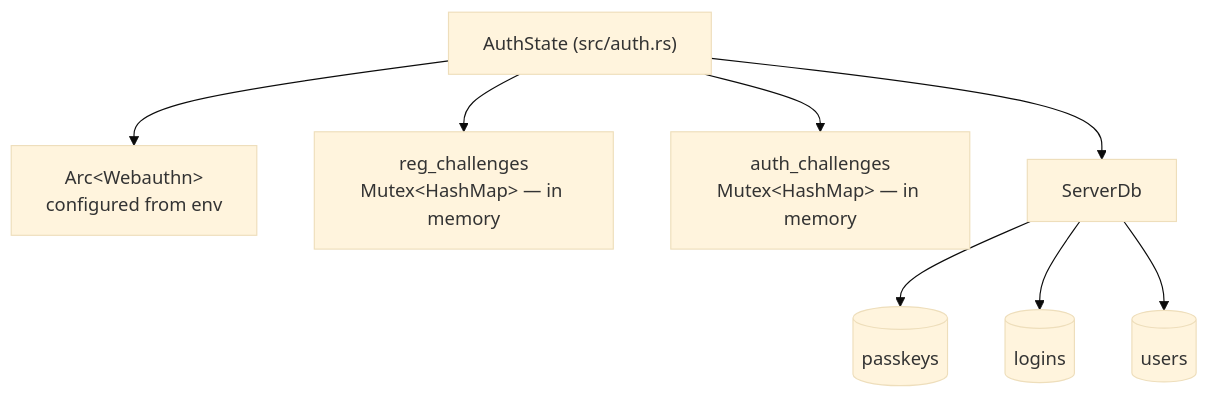
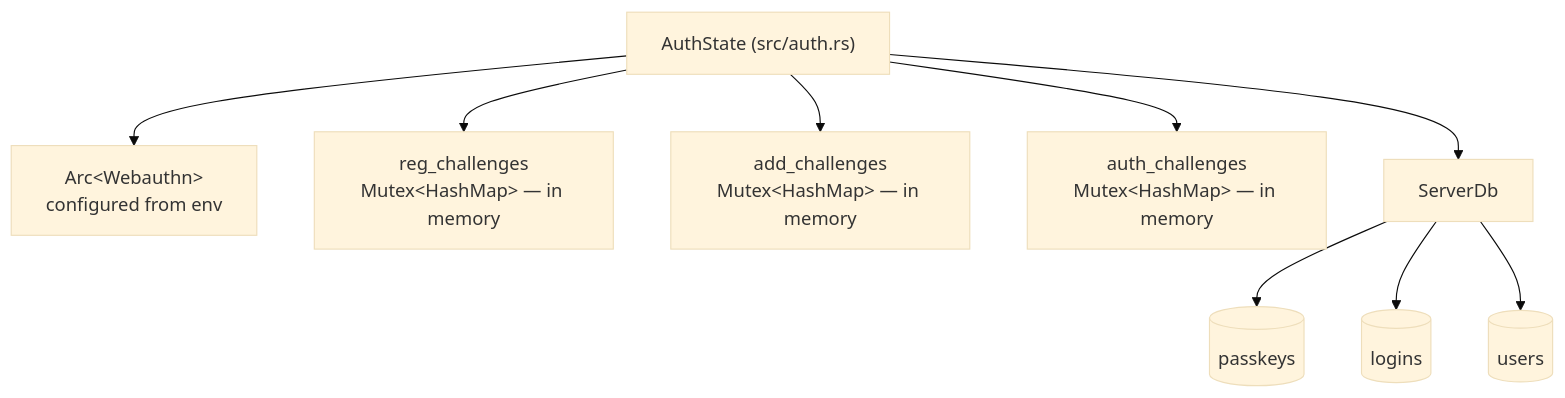
One commit to brensch/lift changed the first of 4 diagrams in docs/architecture/auth.md. Above: the diagram before and after it, drawn with Mermaid (base theme). The commit also changed other lines of this file and 11 other files, not shown here.

````diff
--- a/docs/architecture/auth.md
+++ b/docs/architecture/auth.md
@@ -9,11 +9,12 @@
 ```mermaid
 graph TD
     AS["AuthState (src/auth.rs)"]
     AS --> wa["Arc&lt;Webauthn&gt;<br/>configured from env"]
     AS --> rc["reg_challenges<br/>Mutex&lt;HashMap&gt; — in memory"]
+    AS --> adc["add_challenges<br/>Mutex&lt;HashMap&gt; — in memory"]
     AS --> ac["auth_challenges<br/>Mutex&lt;HashMap&gt; — in memory"]
     AS --> db["ServerDb"]
     db --> pc[("passkeys")]
     db --> se[("logins")]
     db --> uc[("users")]
 ```
````
